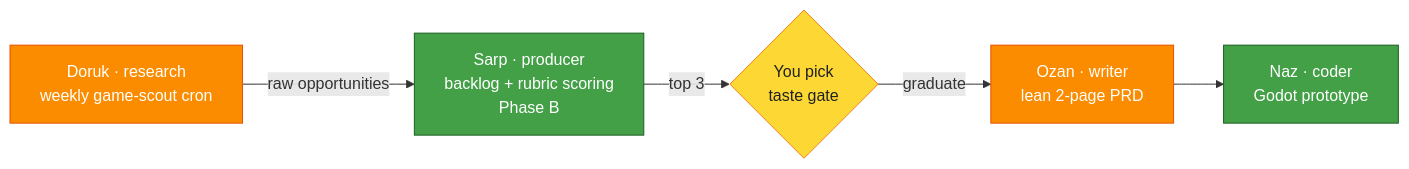
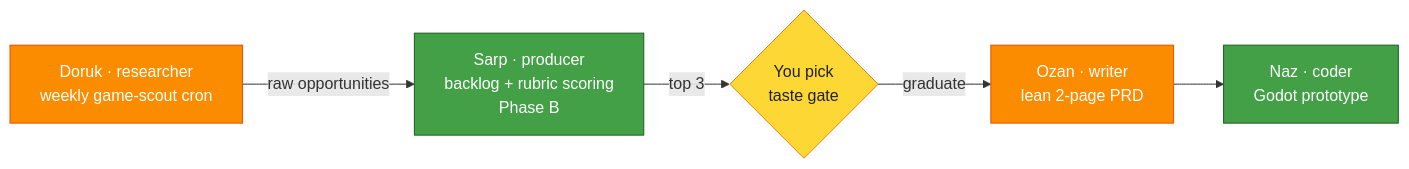
The diagram in docs/11-game-dev.md (mpolatcan/hermes-setup), drawn with Mermaid before and after one commit. The commit also changed other lines of this file and 14 other files, not shown here.

First line of the commit message:
refactor: rename slug research -> researcher

````diff
--- a/docs/11-game-dev.md
+++ b/docs/11-game-dev.md
@@ -7,10 +7,10 @@
 ```mermaid
 flowchart LR
-    scout["Doruk · research<br/>weekly game-scout cron"]:::codex -->|raw opportunities| backlog["Sarp · producer<br/>backlog + rubric scoring<br/>Phase B"]:::mini
+    scout["Doruk · researcher<br/>weekly game-scout cron"]:::codex -->|raw opportunities| backlog["Sarp · producer<br/>backlog + rubric scoring<br/>Phase B"]:::mini
     backlog -->|top 3| pick{"You pick<br/>taste gate"}:::pick
     pick -->|graduate| prd["Ozan · writer<br/>lean 2-page PRD"]:::codex
     prd --> proto["Naz · coder<br/>Godot prototype"]:::mini
     classDef mini fill:#43A047,stroke:#1B5E20,color:#fff
     classDef codex fill:#FB8C00,stroke:#E65100,color:#fff
     classDef pick fill:#FDD835,stroke:#F57F17,color:#212121
 ```
````
